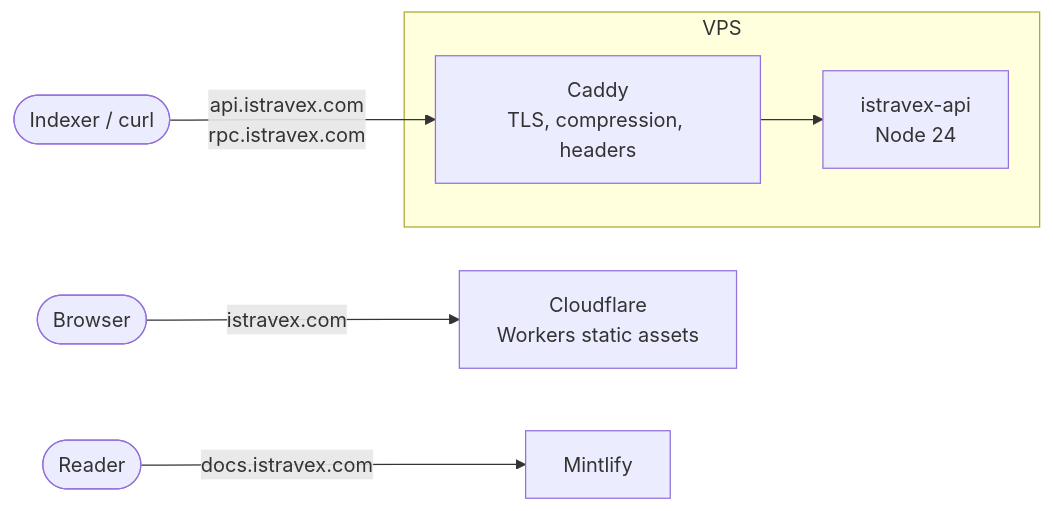
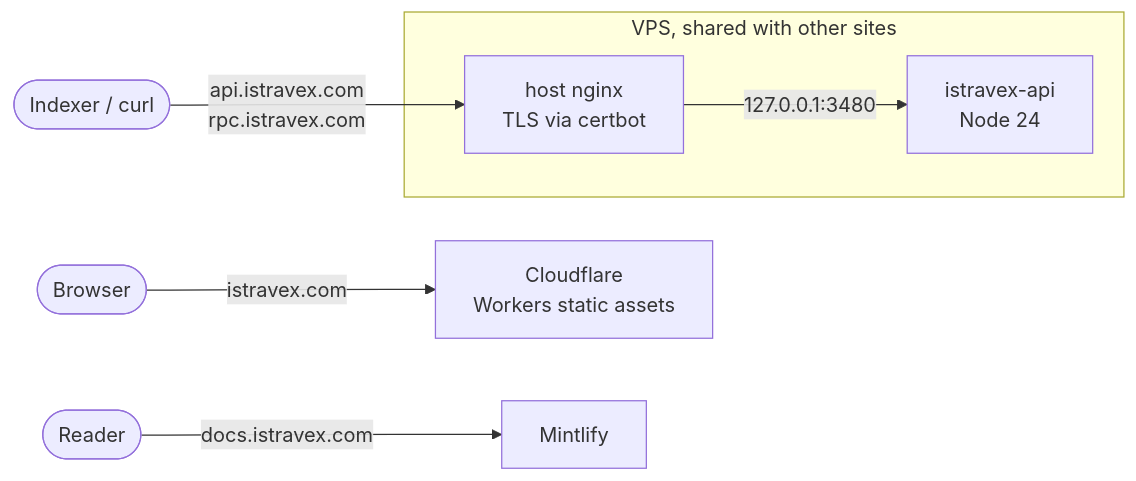
The diagram in docs/operations/deployment.mdx (hackcat29/istravex), drawn with Mermaid before and after one commit. The commit also changed other lines of this file and 9 other files, not shown here.

First line of the commit message:
Run the API behind the VPS's existing nginx; never touch other sites

````diff
--- a/docs/operations/deployment.mdx
+++ b/docs/operations/deployment.mdx
@@ -10,9 +10,9 @@
 ```mermaid
 flowchart LR
   browser([Browser]) -->|istravex.com| cf[Cloudflare<br/>Workers static assets]
-  client([Indexer / curl]) -->|api.istravex.com<br/>rpc.istravex.com| caddy
-  subgraph VPS
-    caddy[Caddy<br/>TLS, compression, headers] --> api[istravex-api<br/>Node 24]
+  client([Indexer / curl]) -->|api.istravex.com<br/>rpc.istravex.com| nginx
+  subgraph VPS [VPS, shared with other sites]
+    nginx[host nginx<br/>TLS via certbot] -->|127.0.0.1:3480| api[istravex-api<br/>Node 24]
   end
   reader([Reader]) -->|docs.istravex.com| mintlify[Mintlify]
 ```
````
